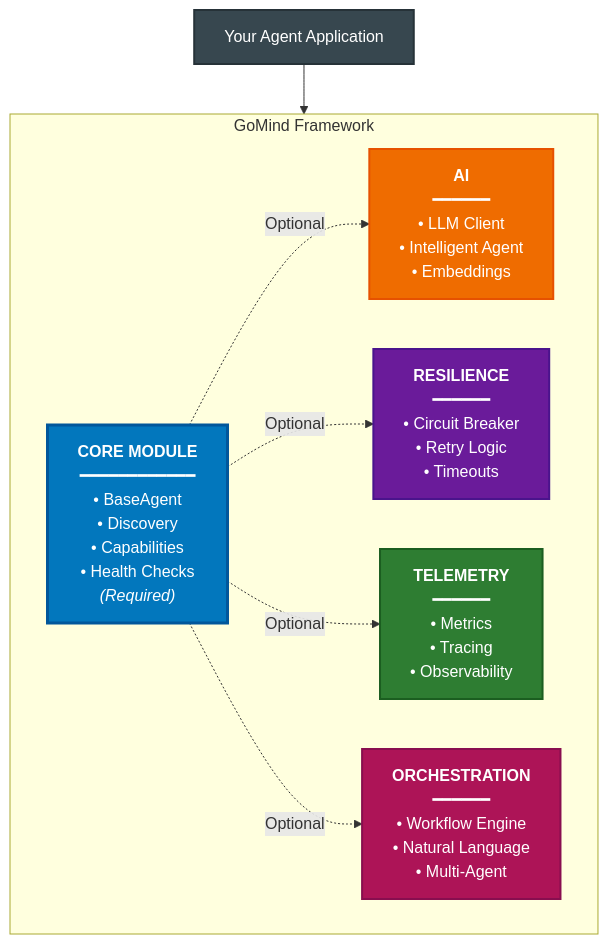
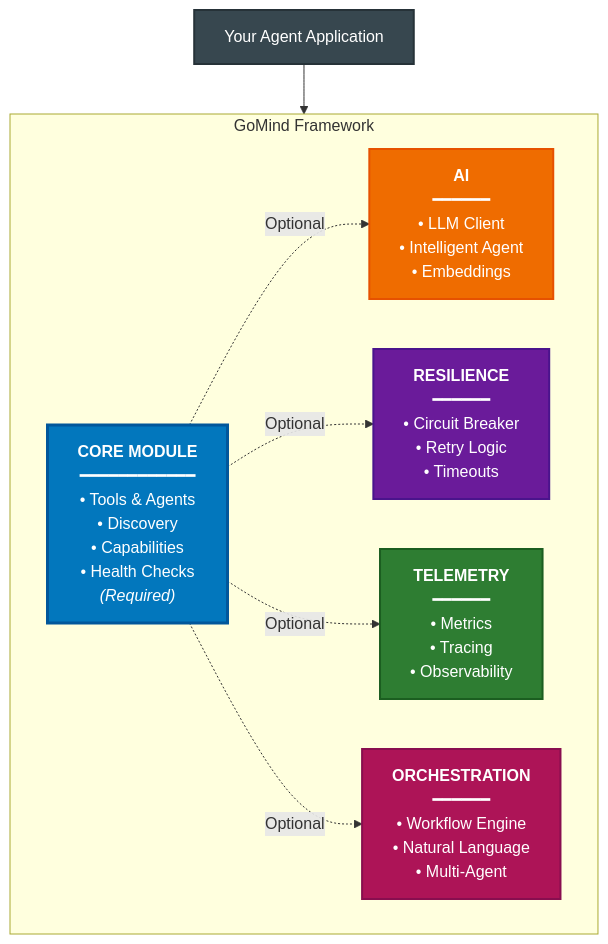
One commit to itsneelabh/gomind changed the diagram in README.md. Above: the diagram before and after it, drawn with Mermaid. The commit also changed other lines of this file and 32 other files, not shown here.

First line of the commit message:
feat: implement tool/agent architectural separation for semantic discovery

````diff
--- a/README.md
+++ b/README.md
@@ -76,30 +77,30 @@
 ```mermaid
 graph TD
     App["Your Agent Application"]
     
     App --> Framework
     
     subgraph Framework["GoMind Framework"]
-        Core["<b>CORE MODULE</b><br/>━━━━━━━━━━━━<br/>• BaseAgent<br/>• Discovery<br/>• Capabilities<br/>• Health Checks<br/><i>(Required)</i>"]
+        Core["<b>CORE MODULE</b><br/>━━━━━━━━━━━━<br/>• Tools & Agents<br/>• Discovery<br/>• Capabilities<br/>• Health Checks<br/><i>(Required)</i>"]
         
         AI["<b>AI</b><br/>━━━━━━<br/>• LLM Client<br/>• Intelligent Agent<br/>• Embeddings"]
         
         Resilience["<b>RESILIENCE</b><br/>━━━━━━<br/>• Circuit Breaker<br/>• Retry Logic<br/>• Timeouts"]
         
         Telemetry["<b>TELEMETRY</b><br/>━━━━━━<br/>• Metrics<br/>• Tracing<br/>• Observability"]
         
         Orchestration["<b>ORCHESTRATION</b><br/>━━━━━━<br/>• Workflow Engine<br/>• Natural Language<br/>• Multi-Agent"]
         
         Core -.->|Optional| AI
         Core -.->|Optional| Resilience
         Core -.->|Optional| Telemetry
         Core -.->|Optional| Orchestration
     end
     
     style Core fill:#0277bd,stroke:#01579b,stroke-width:3px,color:#fff
     style AI fill:#ef6c00,stroke:#e65100,stroke-width:2px,color:#fff
     style Resilience fill:#6a1b9a,stroke:#4a148c,stroke-width:2px,color:#fff
     style Telemetry fill:#2e7d32,stroke:#1b5e20,stroke-width:2px,color:#fff
     style Orchestration fill:#ad1457,stroke:#880e4f,stroke-width:2px,color:#fff
     style App fill:#37474f,stroke:#263238,stroke-width:2px,color:#fff
 ```
````
